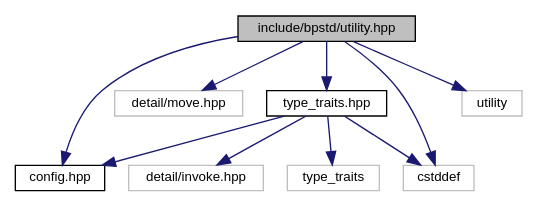
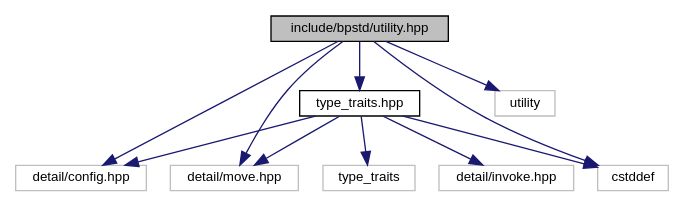
One commit to bitwizeshift/BackportCpp changed the diagram in api/latest/d1/d48/utility_8hpp__incl.dot. Above: the diagram before and after it, drawn with Graphviz. The commit also changed 67 other files, not shown here.

```diff
--- a/api/latest/d1/d48/utility_8hpp__incl.dot
+++ b/api/latest/d1/d48/utility_8hpp__incl.dot
@@ -1,22 +1,23 @@
 digraph "include/bpstd/utility.hpp"
 {
   edge [fontname="Helvetica",fontsize="10",labelfontname="Helvetica",labelfontsize="10"];
   node [fontname="Helvetica",fontsize="10",shape=record];
   Node0 [label="include/bpstd/utility.hpp",height=0.2,width=0.4,color="black", fillcolor="grey75", style="filled", fontcolor="black"];
   Node0 -> Node1 [color="midnightblue",fontsize="10",style="solid",fontname="Helvetica"];
-  Node1 [label="config.hpp",height=0.2,width=0.4,color="black", fillcolor="white", style="filled",URL="$d8/dfd/config_8hpp.html",tooltip="This header provides configuration data for the bpstd library. "];
+  Node1 [label="detail/config.hpp",height=0.2,width=0.4,color="grey75", fillcolor="white", style="filled"];
   Node0 -> Node2 [color="midnightblue",fontsize="10",style="solid",fontname="Helvetica"];
   Node2 [label="detail/move.hpp",height=0.2,width=0.4,color="grey75", fillcolor="white", style="filled"];
   Node0 -> Node3 [color="midnightblue",fontsize="10",style="solid",fontname="Helvetica"];
   Node3 [label="type_traits.hpp",height=0.2,width=0.4,color="black", fillcolor="white", style="filled",URL="$dc/d54/type__traits_8hpp.html",tooltip="This header provides definitions from the C++ header <type_traits> "];
   Node3 -> Node1 [color="midnightblue",fontsize="10",style="solid",fontname="Helvetica"];
+  Node3 -> Node2 [color="midnightblue",fontsize="10",style="solid",fontname="Helvetica"];
   Node3 -> Node4 [color="midnightblue",fontsize="10",style="solid",fontname="Helvetica"];
   Node4 [label="detail/invoke.hpp",height=0.2,width=0.4,color="grey75", fillcolor="white", style="filled"];
   Node3 -> Node5 [color="midnightblue",fontsize="10",style="solid",fontname="Helvetica"];
   Node5 [label="type_traits",height=0.2,width=0.4,color="grey75", fillcolor="white", style="filled"];
   Node3 -> Node6 [color="midnightblue",fontsize="10",style="solid",fontname="Helvetica"];
   Node6 [label="cstddef",height=0.2,width=0.4,color="grey75", fillcolor="white", style="filled"];
   Node0 -> Node7 [color="midnightblue",fontsize="10",style="solid",fontname="Helvetica"];
   Node7 [label="utility",height=0.2,width=0.4,color="grey75", fillcolor="white", style="filled"];
   Node0 -> Node6 [color="midnightblue",fontsize="10",style="solid",fontname="Helvetica"];
 }
```
